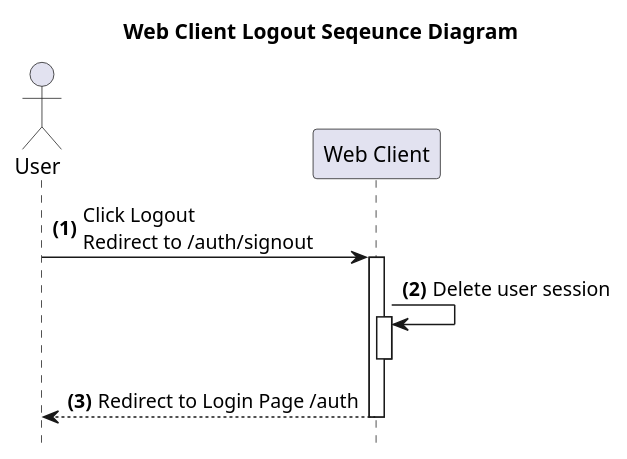
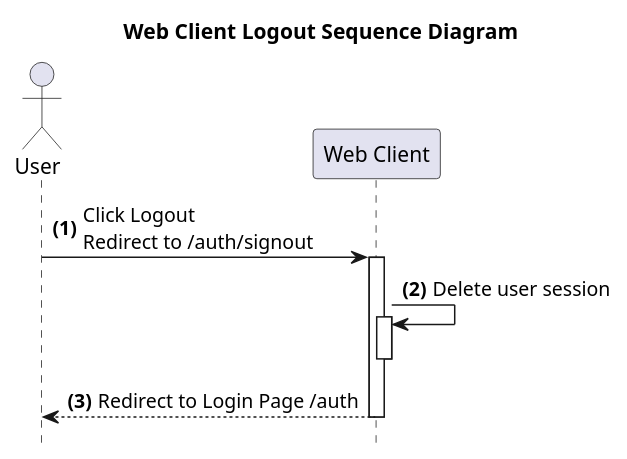
The diagram in documents/diagrams/src/web-client/SignOut.wsd (Kritsanawipankhet/CE64-41), drawn with PlantUML before and after one commit. The commit also changed 12 other files, not shown here.

Commit message:
edit title diagram

```diff
--- a/documents/diagrams/src/web-client/SignOut.wsd
+++ b/documents/diagrams/src/web-client/SignOut.wsd
@@ -1,9 +1,9 @@
 @startuml Web Client Logout
-title **Web Client Logout** Seqeunce Diagram
+title **Web Client Logout** Sequence Diagram
 hide footbox
 Actor User
 autonumber "<b>(0)"
 User -> "Web Client" ++: Click Logout\nRedirect to /auth/signout
 "Web Client" -> "Web Client" ++--: Delete user session
 "Web Client" --> "User" --: Redirect to Login Page /auth
 @enduml
```
